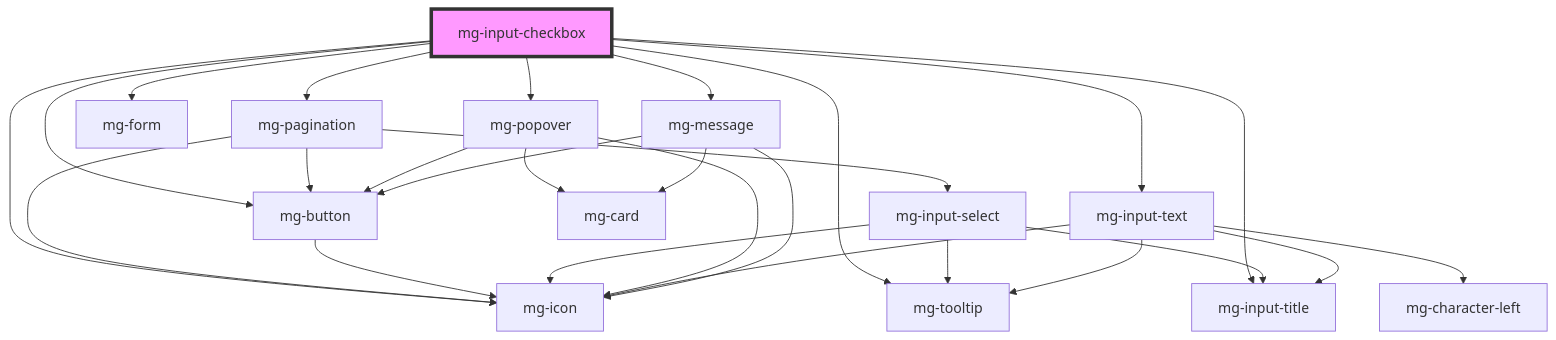
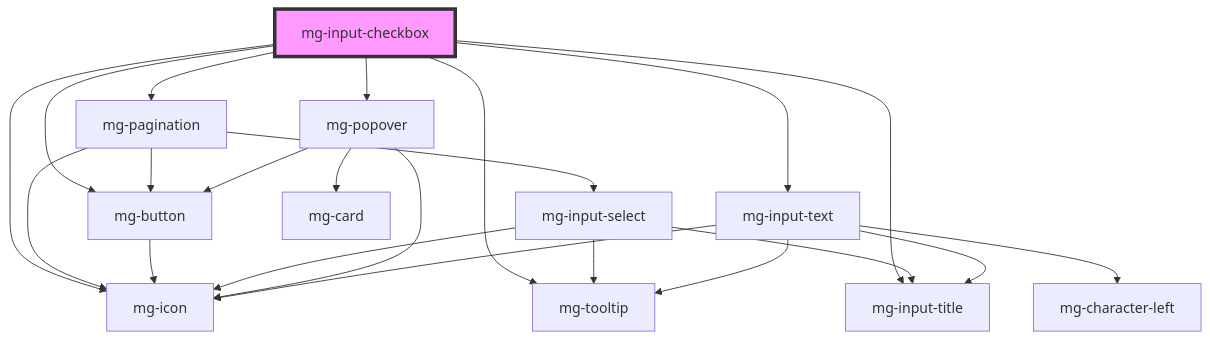
Before and after one commit to MGDIS/core-ui: the diagram in packages/mg-components/src/components/molecules/inputs/mg-input-checkbox/readme.md, drawn with Mermaid. The commit also changed other lines of this file and 11 other files, not shown here.

First line of the commit message:
feat(mgInputCheckbox): remove pagination when pagination total-page < 2

````diff
--- a/packages/mg-components/src/components/molecules/inputs/mg-input-checkbox/readme.md
+++ b/packages/mg-components/src/components/molecules/inputs/mg-input-checkbox/readme.md
@@ -147,30 +145,25 @@
 ```mermaid
 graph TD;
   mg-input-checkbox --> mg-pagination
   mg-input-checkbox --> mg-popover
   mg-input-checkbox --> mg-button
   mg-input-checkbox --> mg-icon
-  mg-input-checkbox --> mg-form
   mg-input-checkbox --> mg-input-text
-  mg-input-checkbox --> mg-message
   mg-input-checkbox --> mg-tooltip
   mg-input-checkbox --> mg-input-title
   mg-pagination --> mg-button
   mg-pagination --> mg-icon
   mg-pagination --> mg-input-select
   mg-button --> mg-icon
   mg-input-select --> mg-tooltip
   mg-input-select --> mg-icon
   mg-input-select --> mg-input-title
   mg-popover --> mg-card
   mg-popover --> mg-button
   mg-popover --> mg-icon
   mg-input-text --> mg-icon
   mg-input-text --> mg-character-left
   mg-input-text --> mg-tooltip
   mg-input-text --> mg-input-title
-  mg-message --> mg-card
-  mg-message --> mg-icon
-  mg-message --> mg-button
   style mg-input-checkbox fill:#f9f,stroke:#333,stroke-width:4px
 ```
````
